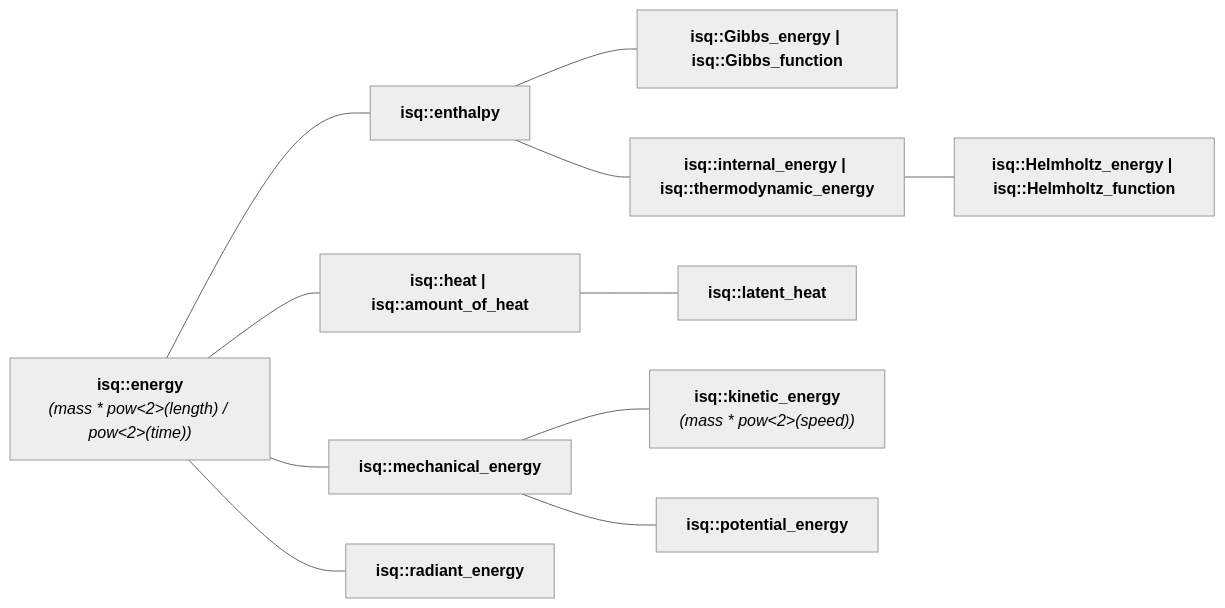
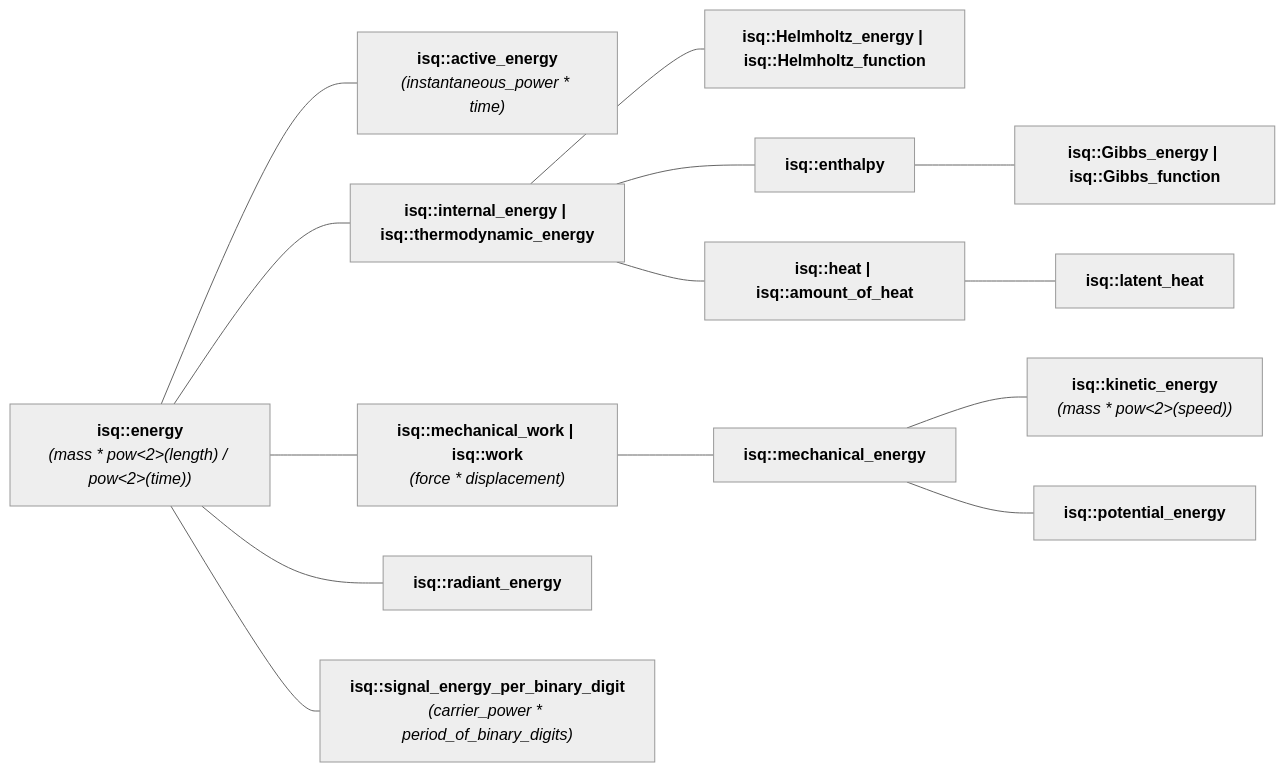
The diagram in docs/reference/systems_reference/hierarchies/energy_isq.md (mpusz/mp-units), drawn with Mermaid (neutral theme) before and after one commit. The commit also changed 38 other files, not shown here.

````diff
--- a/docs/reference/systems_reference/hierarchies/energy_isq.md
+++ b/docs/reference/systems_reference/hierarchies/energy_isq.md
@@ -8,24 +8,30 @@
 ```mermaid
 flowchart LR
     isq_energy["<b><a href="../../systems/isq/#energy" style="color: var(--md-mermaid-label-fg-color); text-decoration: none;">isq::energy</a></b><br><i>(<a href="../../systems/isq/#mass" style="color: var(--md-mermaid-label-fg-color); text-decoration: none;">mass</a> * pow<2>(<a href="../../systems/isq/#length" style="color: var(--md-mermaid-label-fg-color); text-decoration: none;">length</a>) / pow<2>(<a href="../../systems/isq/#time" style="color: var(--md-mermaid-label-fg-color); text-decoration: none;">time</a>))</i>"]
+    isq_active_energy["<b><a href="../../systems/isq/#active_energy" style="color: var(--md-mermaid-label-fg-color); text-decoration: none;">isq::active_energy</a></b><br><i>(<a href="../../systems/isq/#instantaneous_power" style="color: var(--md-mermaid-label-fg-color); text-decoration: none;">instantaneous_power</a> * <a href="../../systems/isq/#time" style="color: var(--md-mermaid-label-fg-color); text-decoration: none;">time</a>)</i>"]
+    isq_energy --- isq_active_energy
+    isq_internal_energy["<b><a href="../../systems/isq/#internal_energy" style="color: var(--md-mermaid-label-fg-color); text-decoration: none;">isq::internal_energy</a> | <a href="../../systems/isq/#thermodynamic_energy" style="color: var(--md-mermaid-label-fg-color); text-decoration: none;">isq::thermodynamic_energy</a></b>"]
+    isq_energy --- isq_internal_energy
+    isq_Helmholtz_energy["<b><a href="../../systems/isq/#Helmholtz_energy" style="color: var(--md-mermaid-label-fg-color); text-decoration: none;">isq::Helmholtz_energy</a> | <a href="../../systems/isq/#Helmholtz_function" style="color: var(--md-mermaid-label-fg-color); text-decoration: none;">isq::Helmholtz_function</a></b>"]
+    isq_internal_energy --- isq_Helmholtz_energy
     isq_enthalpy["<b><a href="../../systems/isq/#enthalpy" style="color: var(--md-mermaid-label-fg-color); text-decoration: none;">isq::enthalpy</a></b>"]
-    isq_energy --- isq_enthalpy
+    isq_internal_energy --- isq_enthalpy
     isq_Gibbs_energy["<b><a href="../../systems/isq/#Gibbs_energy" style="color: var(--md-mermaid-label-fg-color); text-decoration: none;">isq::Gibbs_energy</a> | <a href="../../systems/isq/#Gibbs_function" style="color: var(--md-mermaid-label-fg-color); text-decoration: none;">isq::Gibbs_function</a></b>"]
     isq_enthalpy --- isq_Gibbs_energy
-    isq_internal_energy["<b><a href="../../systems/isq/#internal_energy" style="color: var(--md-mermaid-label-fg-color); text-decoration: none;">isq::internal_energy</a> | <a href="../../systems/isq/#thermodynamic_energy" style="color: var(--md-mermaid-label-fg-color); text-decoration: none;">isq::thermodynamic_energy</a></b>"]
-    isq_enthalpy --- isq_internal_energy
-    isq_Helmholtz_energy["<b><a href="../../systems/isq/#Helmholtz_energy" style="color: var(--md-mermaid-label-fg-color); text-decoration: none;">isq::Helmholtz_energy</a> | <a href="../../systems/isq/#Helmholtz_function" style="color: var(--md-mermaid-label-fg-color); text-decoration: none;">isq::Helmholtz_function</a></b>"]
-    isq_internal_energy --- isq_Helmholtz_energy
     isq_heat["<b><a href="../../systems/isq/#heat" style="color: var(--md-mermaid-label-fg-color); text-decoration: none;">isq::heat</a> | <a href="../../systems/isq/#amount_of_heat" style="color: var(--md-mermaid-label-fg-color); text-decoration: none;">isq::amount_of_heat</a></b>"]
-    isq_energy --- isq_heat
+    isq_internal_energy --- isq_heat
     isq_latent_heat["<b><a href="../../systems/isq/#latent_heat" style="color: var(--md-mermaid-label-fg-color); text-decoration: none;">isq::latent_heat</a></b>"]
     isq_heat --- isq_latent_heat
+    isq_mechanical_work["<b><a href="../../systems/isq/#mechanical_work" style="color: var(--md-mermaid-label-fg-color); text-decoration: none;">isq::mechanical_work</a> | <a href="../../systems/isq/#work" style="color: var(--md-mermaid-label-fg-color); text-decoration: none;">isq::work</a></b><br><i>(<a href="../../systems/isq/#force" style="color: var(--md-mermaid-label-fg-color); text-decoration: none;">force</a> * <a href="../../systems/isq/#displacement" style="color: var(--md-mermaid-label-fg-color); text-decoration: none;">displacement</a>)</i>"]
+    isq_energy --- isq_mechanical_work
     isq_mechanical_energy["<b><a href="../../systems/isq/#mechanical_energy" style="color: var(--md-mermaid-label-fg-color); text-decoration: none;">isq::mechanical_energy</a></b>"]
-    isq_energy --- isq_mechanical_energy
+    isq_mechanical_work --- isq_mechanical_energy
     isq_kinetic_energy["<b><a href="../../systems/isq/#kinetic_energy" style="color: var(--md-mermaid-label-fg-color); text-decoration: none;">isq::kinetic_energy</a></b><br><i>(<a href="../../systems/isq/#mass" style="color: var(--md-mermaid-label-fg-color); text-decoration: none;">mass</a> * pow<2>(<a href="../../systems/isq/#speed" style="color: var(--md-mermaid-label-fg-color); text-decoration: none;">speed</a>))</i>"]
     isq_mechanical_energy --- isq_kinetic_energy
     isq_potential_energy["<b><a href="../../systems/isq/#potential_energy" style="color: var(--md-mermaid-label-fg-color); text-decoration: none;">isq::potential_energy</a></b>"]
     isq_mechanical_energy --- isq_potential_energy
     isq_radiant_energy["<b><a href="../../systems/isq/#radiant_energy" style="color: var(--md-mermaid-label-fg-color); text-decoration: none;">isq::radiant_energy</a></b>"]
     isq_energy --- isq_radiant_energy
+    isq_signal_energy_per_binary_digit["<b><a href="../../systems/isq/#signal_energy_per_binary_digit" style="color: var(--md-mermaid-label-fg-color); text-decoration: none;">isq::signal_energy_per_binary_digit</a></b><br><i>(<a href="../../systems/isq/#carrier_power" style="color: var(--md-mermaid-label-fg-color); text-decoration: none;">carrier_power</a> * <a href="../../systems/isq/#period_of_binary_digits" style="color: var(--md-mermaid-label-fg-color); text-decoration: none;">period_of_binary_digits</a>)</i>"]
+    isq_energy --- isq_signal_energy_per_binary_digit
 ```
````
